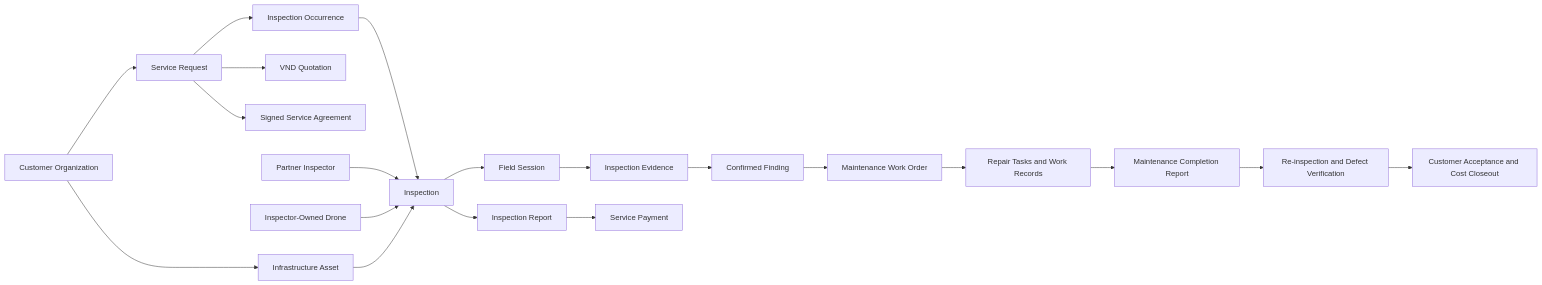
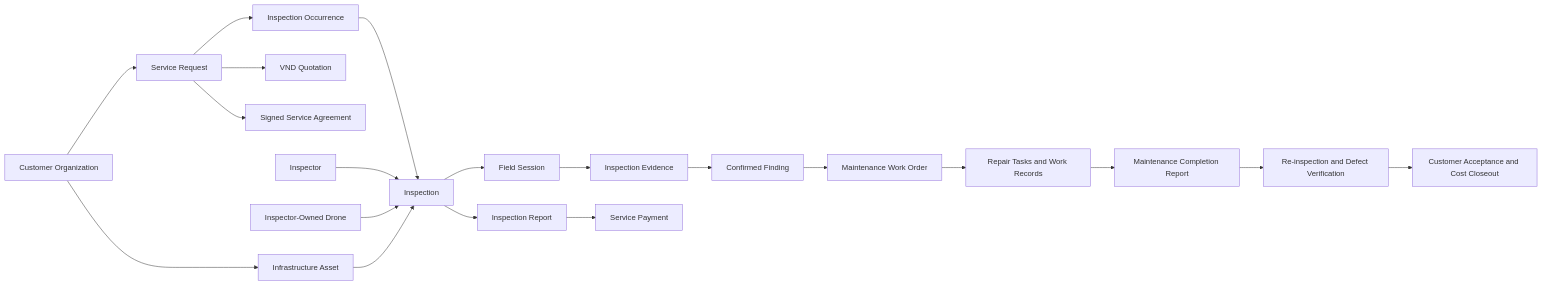
The second of 2 diagrams in reports/report-3-software-requirement-specification/03-functional-requirements.md (tungbach12/SmartDroneInspection-Docs), drawn with Mermaid before and after one commit. The commit also changed other lines of this file and 206 other files, not shown here.

First line of the commit message:
docs(reports): synchronize Report 1-5 changes, update diagrams, and clean exports

````diff
--- a/reports/report-3-software-requirement-specification/03-functional-requirements.md
+++ b/reports/report-3-software-requirement-specification/03-functional-requirements.md
@@ -104,23 +101,23 @@
 ```mermaid
 %% title: Business Domain Concepts Diagram
 flowchart LR
   CUSTOMER["Customer Organization"] --> ASSET["Infrastructure Asset"]
   CUSTOMER --> REQUEST["Service Request"]
   REQUEST --> QUOTE["VND Quotation"]
   REQUEST --> AGREEMENT["Signed Service Agreement"]
   REQUEST --> OCCURRENCE["Inspection Occurrence"]
   OCCURRENCE --> INSPECTION["Inspection"]
-  INSPECTOR["Partner Inspector"] --> INSPECTION
+  INSPECTOR["Inspector"] --> INSPECTION
   DRONE["Inspector-Owned Drone"] --> INSPECTION
   ASSET --> INSPECTION
   INSPECTION --> SESSION["Field Session"]
   SESSION --> EVIDENCE["Inspection Evidence"]
   EVIDENCE --> FINDING["Confirmed Finding"]
   INSPECTION --> REPORT["Inspection Report"]
   REPORT --> PAYMENT["Service Payment"]
   FINDING --> WORK["Maintenance Work Order"]
   WORK --> TASK["Repair Tasks and Work Records"]
   TASK --> COMPLETION["Maintenance Completion Report"]
   COMPLETION --> REINSPECTION["Re-inspection and Defect Verification"]
   REINSPECTION --> ACCEPTANCE["Customer Acceptance and Cost Closeout"]
 ```
````
